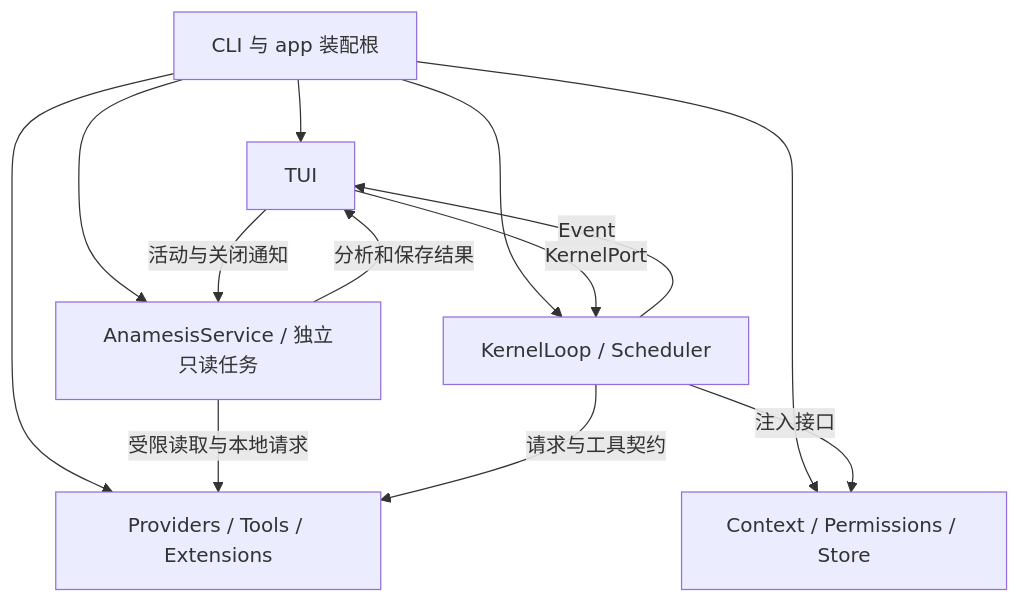
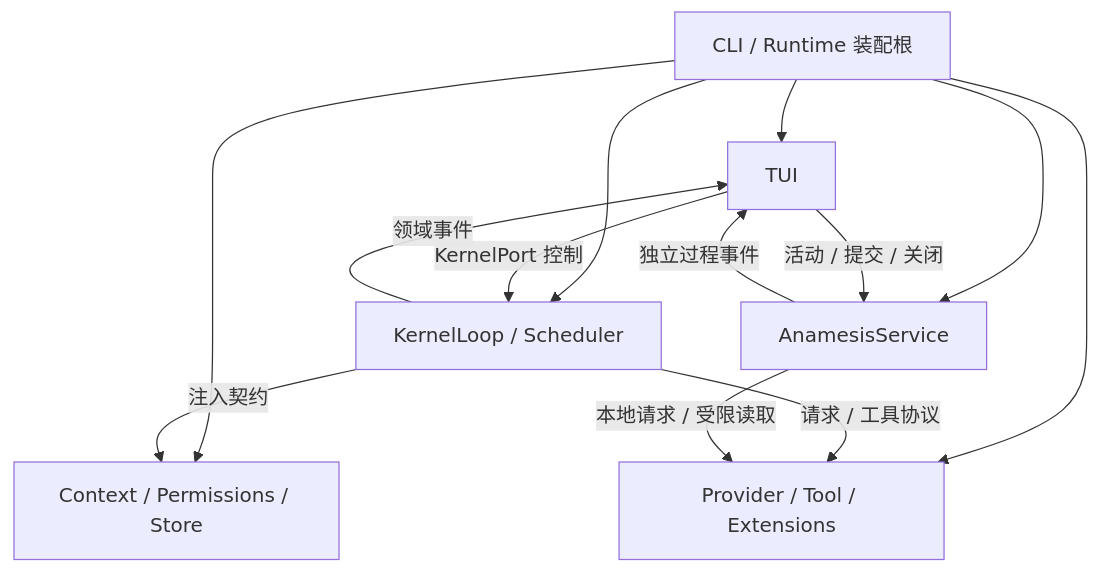
The diagram in docs/ARCHITECTURE.md (MARKIR123/logox), drawn with Mermaid before and after one commit. The commit also changed other lines of this file and 87 other files, not shown here.

````diff
--- a/docs/ARCHITECTURE.md
+++ b/docs/ARCHITECTURE.md
@@ -24,15 +21,15 @@
 ```mermaid
 flowchart TD
-    A[CLI 与 app 装配根] --> U[TUI]
+    A[CLI / Runtime 装配根] --> U[TUI]
     A --> K[KernelLoop / Scheduler]
     A --> C[Context / Permissions / Store]
-    A --> P[Providers / Tools / Extensions]
-    A --> N[AnamesisService / 独立只读任务]
-    U -- 活动与关闭通知 --> N
-    N -- 分析和保存结果 --> U
-    N -- 受限读取与本地请求 --> P
-    U -- KernelPort --> K
-    K -- Event --> U
-    K -- 注入接口 --> C
-    K -- 请求与工具契约 --> P
+    A --> P[Provider / Tool / Extensions]
+    A --> N[AnamesisService]
+    U -- KernelPort 控制 --> K
+    K -- 领域事件 --> U
+    K -- 注入契约 --> C
+    K -- 请求 / 工具协议 --> P
+    U -- 活动 / 提交 / 关闭 --> N
+    N -- 独立过程事件 --> U
+    N -- 本地请求 / 受限读取 --> P
 ```
````
